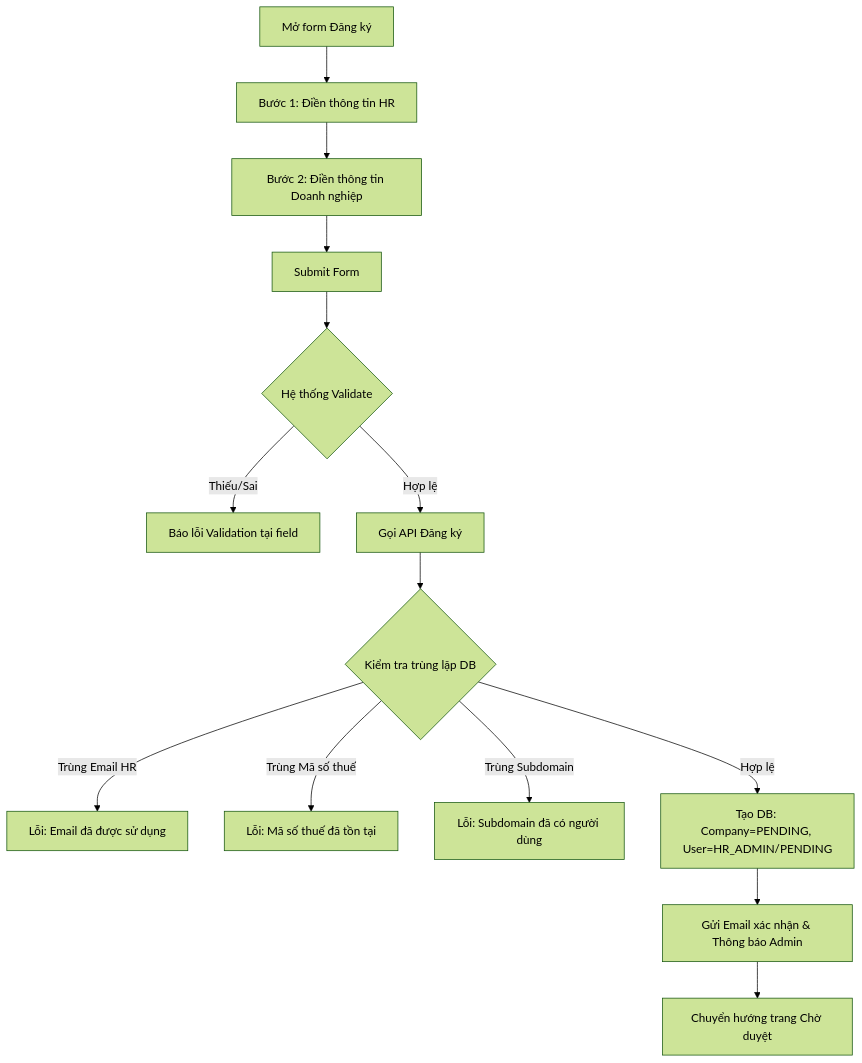
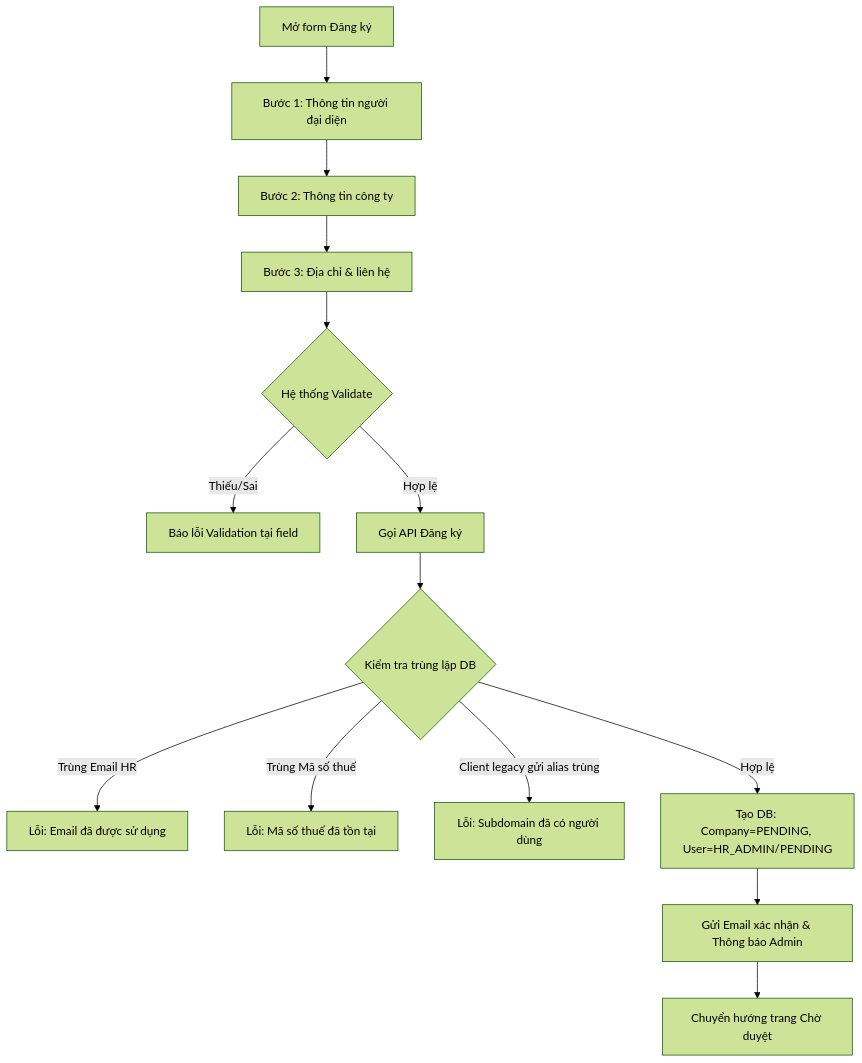
The diagram in nghiep_vu/epic-01_Authentication_Onboarding/user-story-02_HR_Dang_ky/user-story.md (VanHaPtit/EasyTech_FE), drawn with Mermaid (forest theme) before and after one commit. The commit also changed other lines of this file and 43 other files, not shown here.

````diff
--- a/nghiep_vu/epic-01_Authentication_Onboarding/user-story-02_HR_Dang_ky/user-story.md
+++ b/nghiep_vu/epic-01_Authentication_Onboarding/user-story-02_HR_Dang_ky/user-story.md
@@ -11,19 +11,19 @@
 ```mermaid
 graph TD
-    A[Mở form Đăng ký] --> B[Bước 1: Điền thông tin HR]
-    B --> C[Bước 2: Điền thông tin Doanh nghiệp]
-    C --> D[Submit Form]
+    A[Mở form Đăng ký] --> B[Bước 1: Thông tin người đại diện]
+    B --> C[Bước 2: Thông tin công ty]
+    C --> D[Bước 3: Địa chỉ & liên hệ]
     D --> E{Hệ thống Validate}
     
     E -- Thiếu/Sai --> F[Báo lỗi Validation tại field]
     E -- Hợp lệ --> G[Gọi API Đăng ký]
     
     G --> H{Kiểm tra trùng lặp DB}
     H -- Trùng Email HR --> I[Lỗi: Email đã được sử dụng]
     H -- Trùng Mã số thuế --> J[Lỗi: Mã số thuế đã tồn tại]
-    H -- Trùng Subdomain --> K[Lỗi: Subdomain đã có người dùng]
+    H -- Client legacy gửi alias trùng --> K[Lỗi: Subdomain đã có người dùng]
     
     H -- Hợp lệ --> L[Tạo DB: Company=PENDING, User=HR_ADMIN/PENDING]
     L --> M[Gửi Email xác nhận & Thông báo Admin]
     M --> N[Chuyển hướng trang Chờ duyệt]
 ```
````
